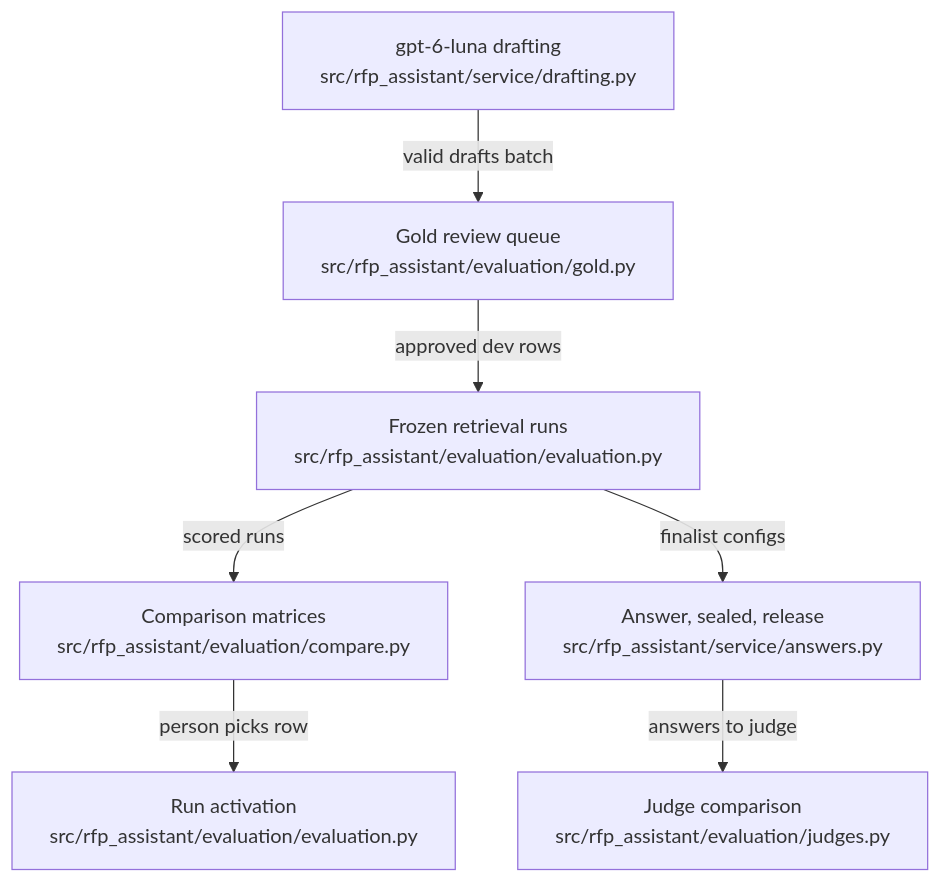
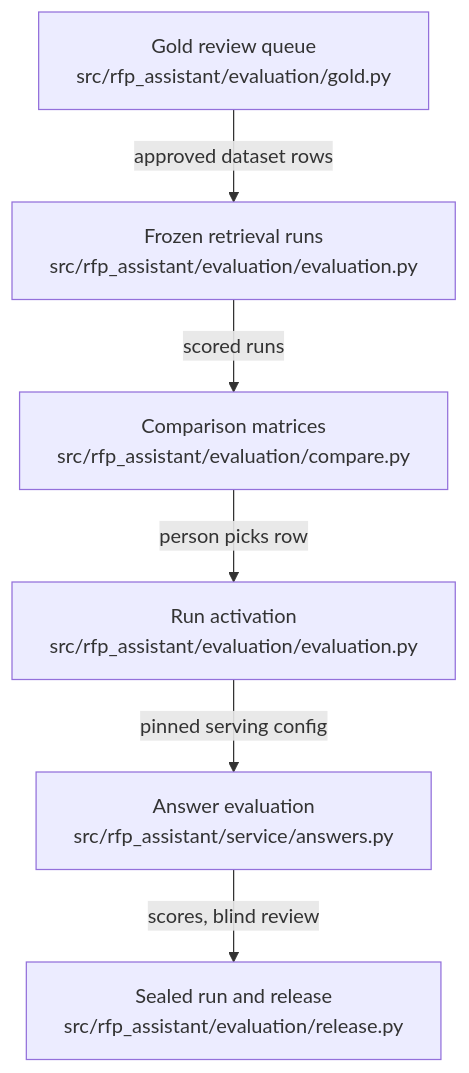
The diagram in .omm/overall-architecture/evaluation-suite/diagram.mmd (littleeeeebit/project-codeit-mid), drawn with Mermaid before and after one commit. The commit also changed 405 other files, not shown here.

```diff
--- a/.omm/overall-architecture/evaluation-suite/diagram.mmd
+++ b/.omm/overall-architecture/evaluation-suite/diagram.mmd
@@ -1,7 +1,6 @@
 graph TD
-  luna-drafting["gpt-6-luna drafting\nsrc/rfp_assistant/service/drafting.py"] -->|valid drafts batch| gold-queue["Gold review queue\nsrc/rfp_assistant/evaluation/gold.py"]
-  gold-queue -->|approved dev rows| retrieval-runs["Frozen retrieval runs\nsrc/rfp_assistant/evaluation/evaluation.py"]
-  retrieval-runs -->|scored runs| compare-matrices["Comparison matrices\nsrc/rfp_assistant/evaluation/compare.py"]
-  compare-matrices -->|person picks row| run-activation["Run activation\nsrc/rfp_assistant/evaluation/evaluation.py"]
-  retrieval-runs -->|finalist configs| answer-runs["Answer, sealed, release\nsrc/rfp_assistant/service/answers.py"]
-  answer-runs -->|answers to judge| judge-comparison["Judge comparison\nsrc/rfp_assistant/evaluation/judges.py"]
+  gold-queue["Gold review queue\nsrc/rfp_assistant/evaluation/gold.py"] -->|"approved dataset rows"| retrieval-runs["Frozen retrieval runs\nsrc/rfp_assistant/evaluation/evaluation.py"]
+  retrieval-runs -->|"scored runs"| comparison-matrices["Comparison matrices\nsrc/rfp_assistant/evaluation/compare.py"]
+  comparison-matrices -->|"person picks row"| run-activation["Run activation\nsrc/rfp_assistant/evaluation/evaluation.py"]
+  run-activation -->|"pinned serving config"| answer-evaluation["Answer evaluation\nsrc/rfp_assistant/service/answers.py"]
+  answer-evaluation -->|"scores, blind review"| release-gate["Sealed run and release\nsrc/rfp_assistant/evaluation/release.py"]
```
